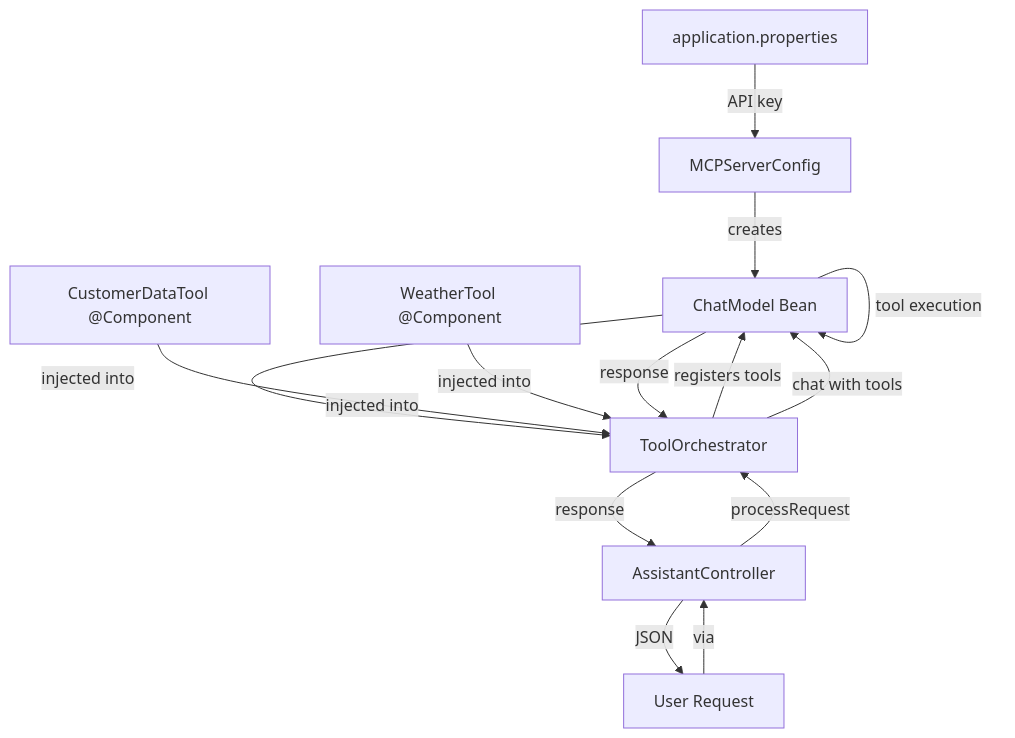
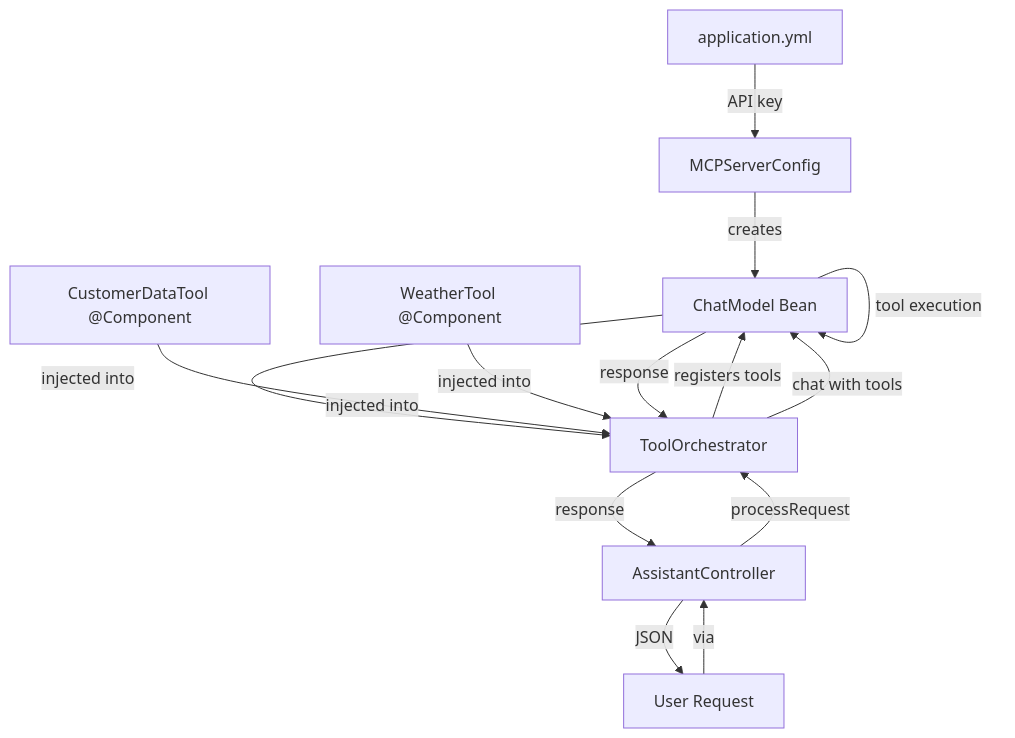
The diagram in llm-springboot/docs/tutorials/module-03-tools-mcp/04-mcp-configuration.md (learnj-ai/workshops), drawn with Mermaid before and after one commit. The commit also changed other lines of this file and 9 other files, not shown here.

First line of the commit message:
fix: final-review cleanups — MCP version, Spring AI drift, properties→yml

````diff
--- a/llm-springboot/docs/tutorials/module-03-tools-mcp/04-mcp-configuration.md
+++ b/llm-springboot/docs/tutorials/module-03-tools-mcp/04-mcp-configuration.md
@@ -215,16 +217,16 @@
 ```mermaid
 graph TD
-    A[application.properties] -->|API key| B[MCPServerConfig]
+    A[application.yml] -->|API key| B[MCPServerConfig]
     B -->|creates| C[ChatModel Bean]
     C -->|injected into| D[ToolOrchestrator]
     E[CustomerDataTool @Component] -->|injected into| D
     F[WeatherTool @Component] -->|injected into| D
     D -->|registers tools| C
     G[User Request] -->|via| H[AssistantController]
     H -->|processRequest| D
     D -->|chat with tools| C
     C -->|tool execution| C
     C -->|response| D
     D -->|response| H
     H -->|JSON| G
 ```
````
